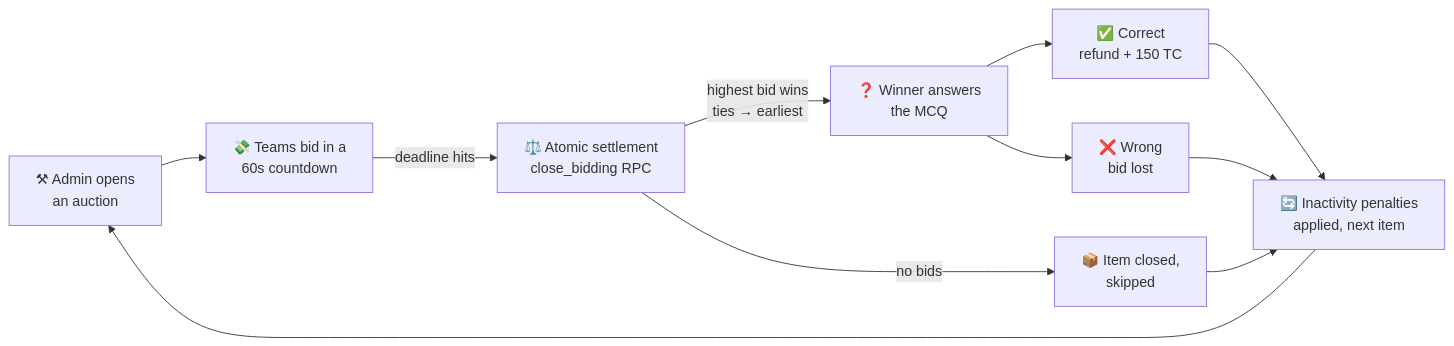
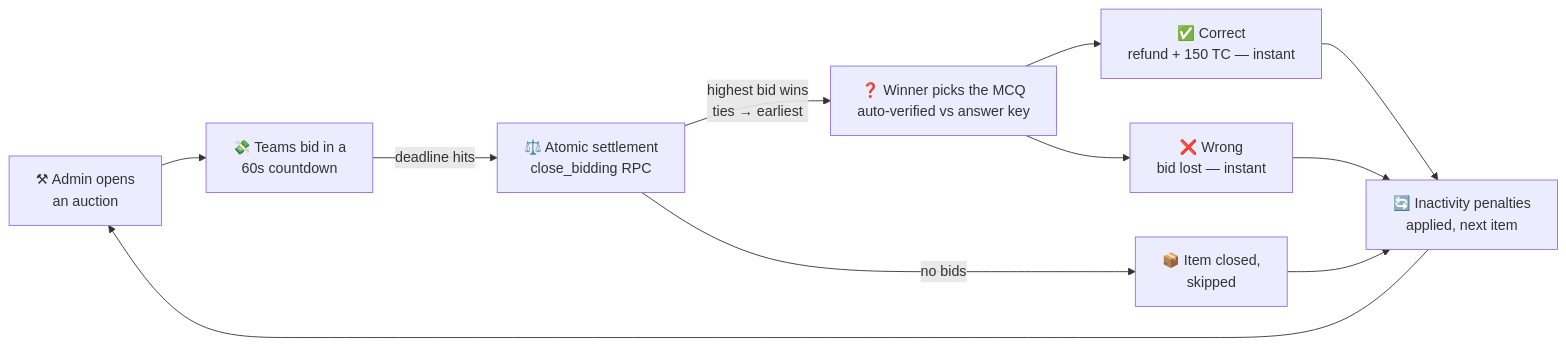
Before and after one commit to inferno4670/Tech-Auction: the first of 2 diagrams in README.md, drawn with Mermaid. The commit also changed other lines of this file and 4 other files, not shown here.

First line of the commit message:
Fix team leaderboard ranks and auto-verify MCQ answers server-side

````diff
--- a/README.md
+++ b/README.md
@@ -47,13 +47,13 @@
 ```mermaid
 flowchart LR
     A[⚒ Admin opens<br/>an auction] --> B[💸 Teams bid in a<br/>60s countdown]
     B -->|deadline hits| C[⚖️ Atomic settlement<br/>close_bidding RPC]
-    C -->|highest bid wins<br/>ties → earliest| D[❓ Winner answers<br/>the MCQ]
+    C -->|highest bid wins<br/>ties → earliest| D[❓ Winner picks the MCQ<br/>auto-verified vs answer key]
     C -->|no bids| H[📦 Item closed,<br/>skipped]
-    D --> E[✅ Correct<br/>refund + 150 TC]
-    D --> F[❌ Wrong<br/>bid lost]
+    D --> E[✅ Correct<br/>refund + 150 TC — instant]
+    D --> F[❌ Wrong<br/>bid lost — instant]
     E --> G[🔄 Inactivity penalties<br/>applied, next item]
     F --> G
     H --> G
     G --> A
 ```
````
